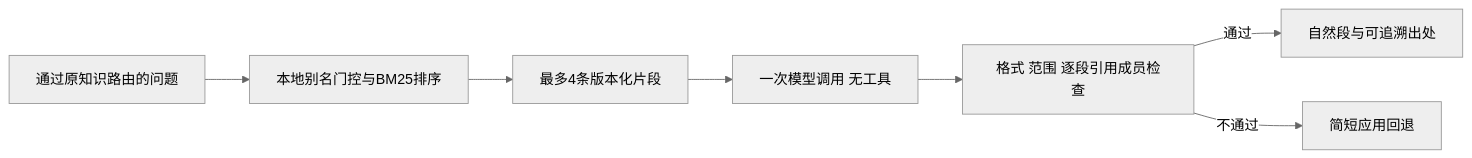
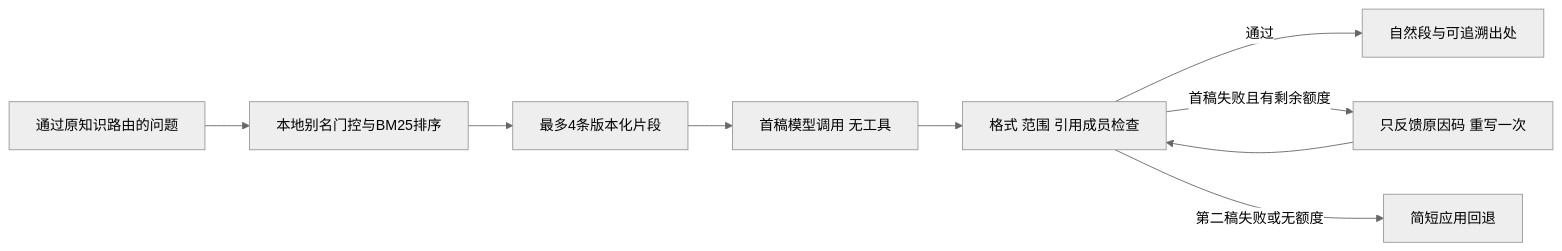
The diagram in docs/knowledge-retrieval-design.md (HK0281/Trading-Companion), drawn with Mermaid (neutral theme) before and after one commit. The commit also changed other lines of this file and 14 other files, not shown here.

````diff
--- a/docs/knowledge-retrieval-design.md
+++ b/docs/knowledge-retrieval-design.md
@@ -9,9 +9,11 @@
 ```mermaid
 flowchart LR
     Question[通过原知识路由的问题] --> Search[本地别名门控与BM25排序]
     Search --> Context[最多4条版本化片段]
-    Context --> Model[一次模型调用 无工具]
-    Model --> Check[格式 范围 逐段引用成员检查]
+    Context --> Model[首稿模型调用 无工具]
+    Model --> Check[格式 范围 引用成员检查]
     Check -->|通过| Answer[自然段与可追溯出处]
-    Check -->|不通过| Fallback[简短应用回退]
+    Check -->|首稿失败且有剩余额度| Rewrite[只反馈原因码 重写一次]
+    Rewrite --> Check
+    Check -->|第二稿失败或无额度| Fallback[简短应用回退]
 ```
````
